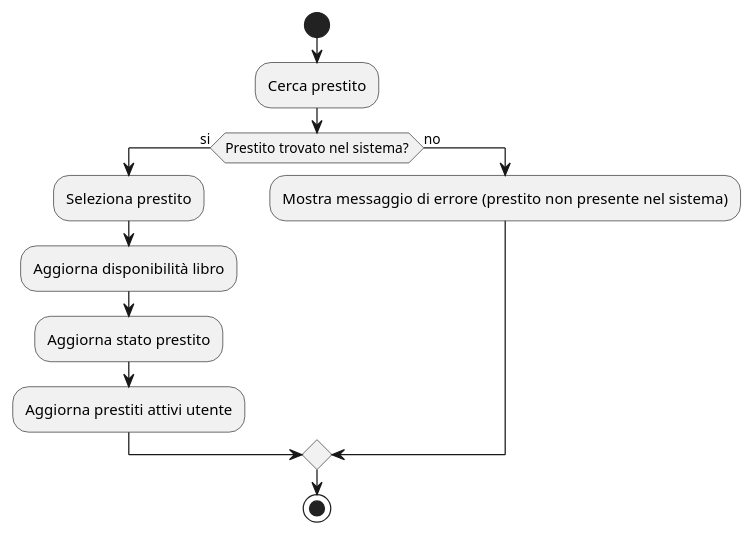
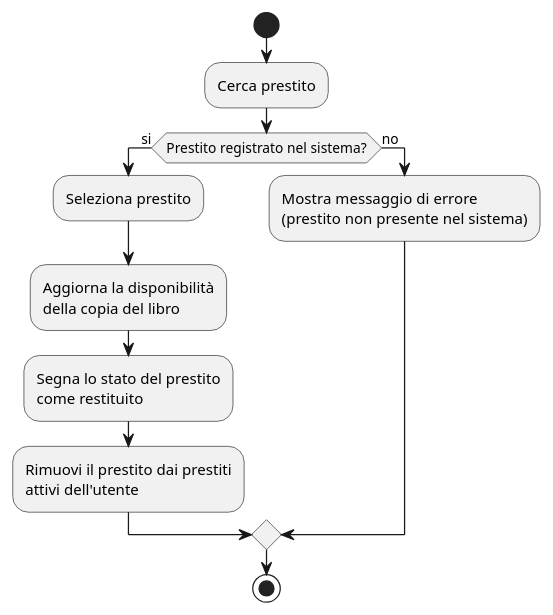
The diagram in docs/uml/DiagrammiAttività/DiagrammaAttivitàRestituzione.puml (Meziu/easylibrary), drawn with PlantUML before and after one commit. The commit also changed 5 other files, not shown here.

Commit message:
Migliorie diagrammi di attività

```diff
--- a/docs/uml/DiagrammiAttività/DiagrammaAttivitàRestituzione.puml
+++ b/docs/uml/DiagrammiAttività/DiagrammaAttivitàRestituzione.puml
@@ -1,13 +1,17 @@
 @startuml
 start
 :Cerca prestito;
-if (Prestito trovato nel sistema?) then (si)
+if (Prestito registrato nel sistema?) then (si)
     :Seleziona prestito;
-    :Aggiorna disponibilità libro;
-    :Aggiorna stato prestito;
-    :Aggiorna prestiti attivi utente;
+    :Aggiorna la disponibilità
+    della copia del libro;
+    :Segna lo stato del prestito
+    come restituito;
+    :Rimuovi il prestito dai prestiti
+    attivi dell'utente;
 else (no)
-    :Mostra messaggio di errore (prestito non presente nel sistema);
+    :Mostra messaggio di errore
+    (prestito non presente nel sistema);
 endif
 stop
 @enduml
```
